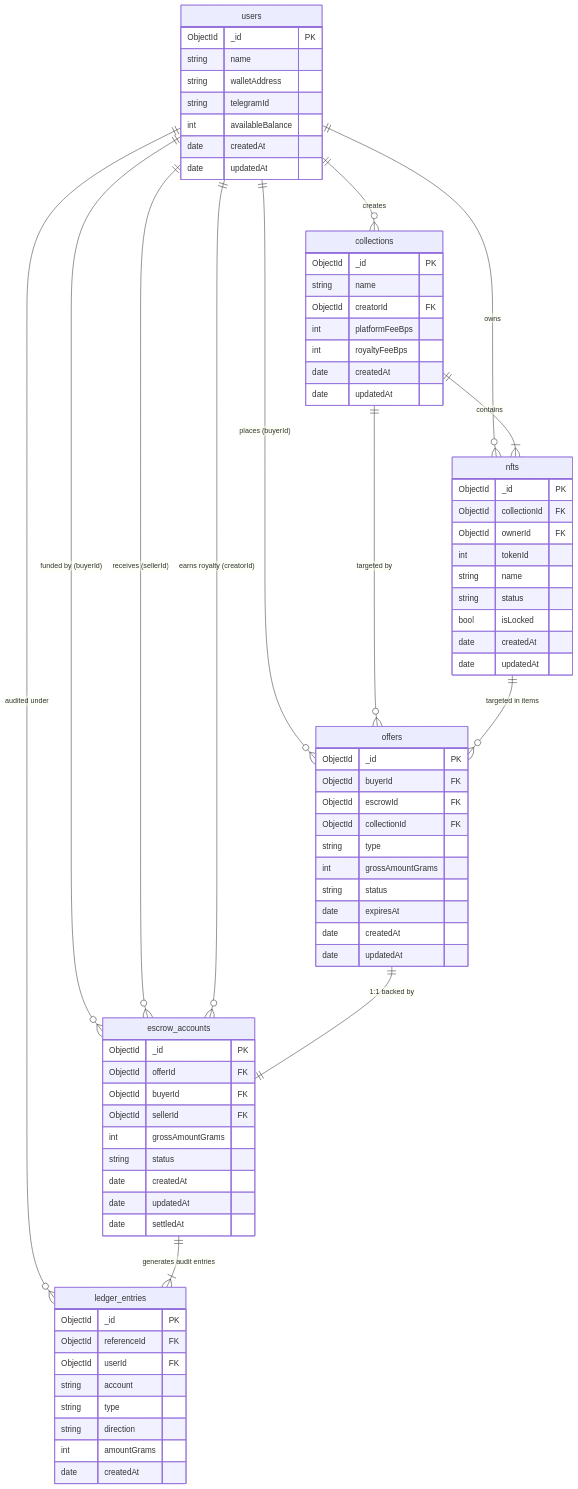
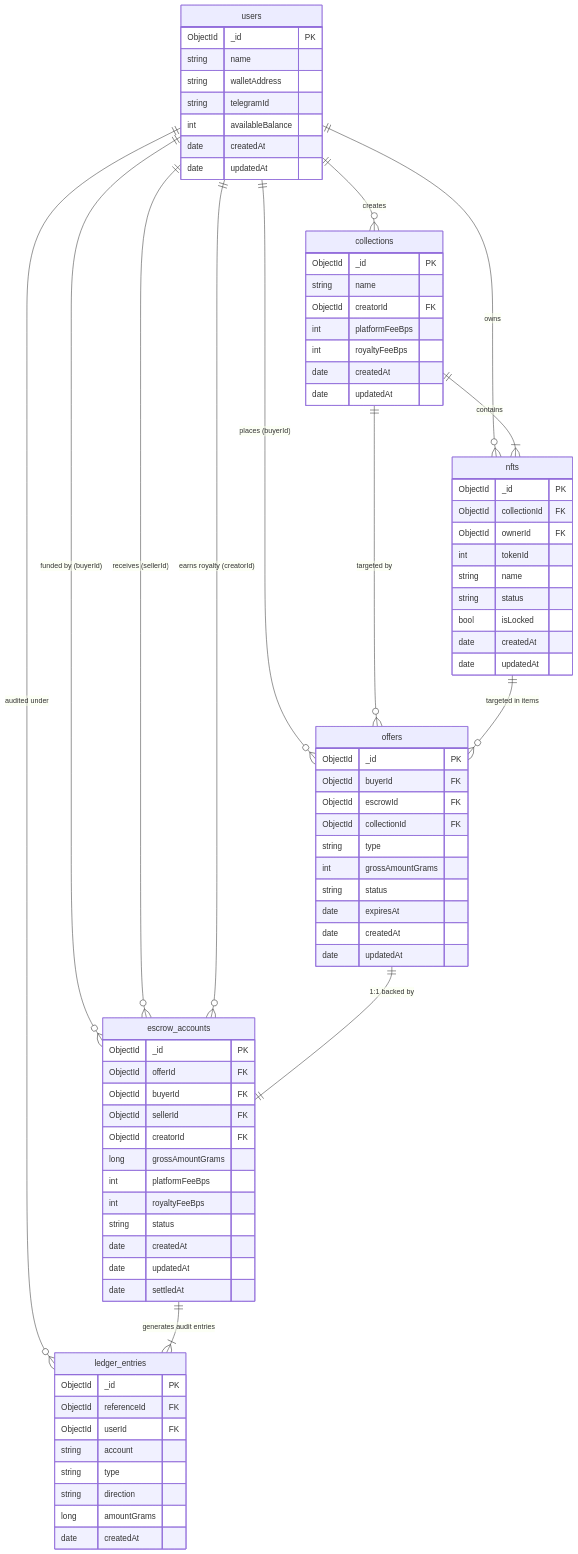
Before and after one commit to zas512/nft-offers-module: the diagram in erd.mermaid, drawn with Mermaid. The commit also changed 15 other files, not shown here.

```diff
--- a/erd.mermaid
+++ b/erd.mermaid
@@ -1,85 +1,88 @@
 erDiagram
     users ||--o{ collections : "creates"
     users ||--o{ nfts : "owns"
     users ||--o{ offers : "places (buyerId)"
     users ||--o{ escrow_accounts : "funded by (buyerId)"
     users ||--o{ escrow_accounts : "receives (sellerId)"
     users ||--o{ escrow_accounts : "earns royalty (creatorId)"
     users ||--o{ ledger_entries : "audited under"
 
     collections ||--|{ nfts : "contains"
     collections ||--o{ offers : "targeted by"
 
     nfts ||--o{ offers : "targeted in items"
 
     offers ||--|| escrow_accounts : "1:1 backed by"
 
     escrow_accounts ||--|{ ledger_entries : "generates audit entries"
 
     users {
         ObjectId _id PK
         string name
         string walletAddress
         string telegramId
         int availableBalance
         date createdAt
         date updatedAt
     }
 
     collections {
         ObjectId _id PK
         string name
         ObjectId creatorId FK
         int platformFeeBps
         int royaltyFeeBps
         date createdAt
         date updatedAt
     }
 
     nfts {
         ObjectId _id PK
         ObjectId collectionId FK
         ObjectId ownerId FK
         int tokenId
         string name
         string status
         bool isLocked
         date createdAt
         date updatedAt
     }
 
     offers {
         ObjectId _id PK
         ObjectId buyerId FK
         ObjectId escrowId FK
         ObjectId collectionId FK
         string type
         int grossAmountGrams
         string status
         date expiresAt
         date createdAt
         date updatedAt
     }
 
     escrow_accounts {
         ObjectId _id PK
         ObjectId offerId FK
         ObjectId buyerId FK
         ObjectId sellerId FK
-        int grossAmountGrams
+        ObjectId creatorId FK
+        long grossAmountGrams
+        int platformFeeBps
+        int royaltyFeeBps
         string status
         date createdAt
         date updatedAt
         date settledAt
     }
 
     ledger_entries {
         ObjectId _id PK
         ObjectId referenceId FK
         ObjectId userId FK
         string account
         string type
         string direction
-        int amountGrams
+        long amountGrams
         date createdAt
     }
```
